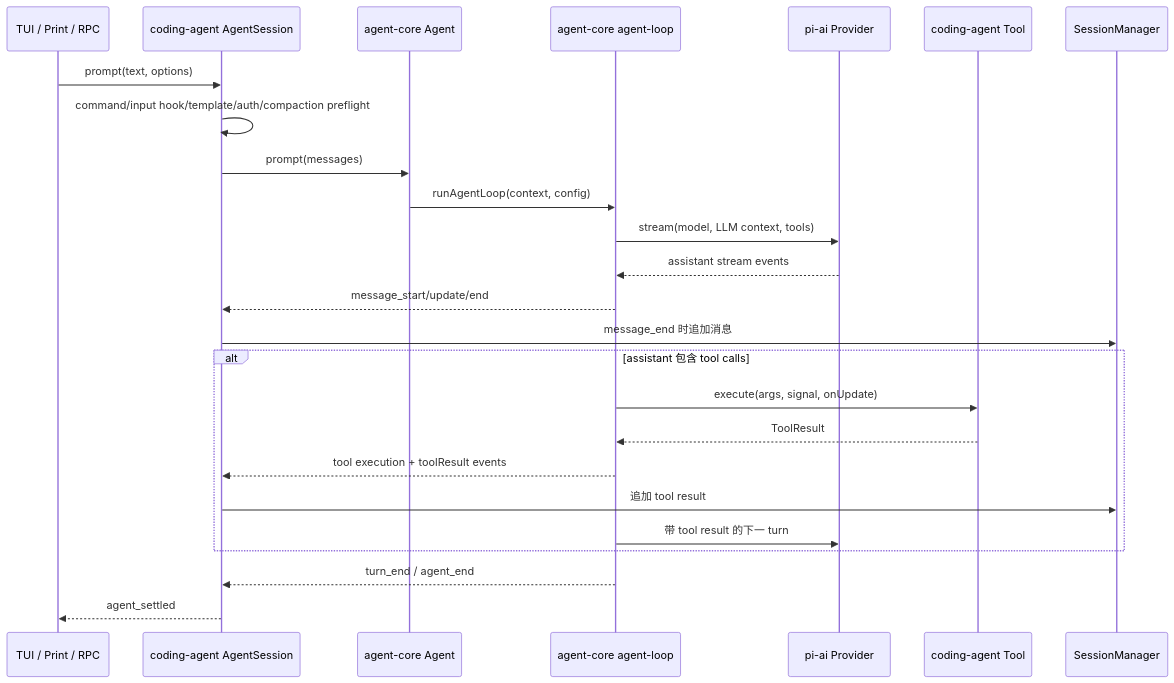
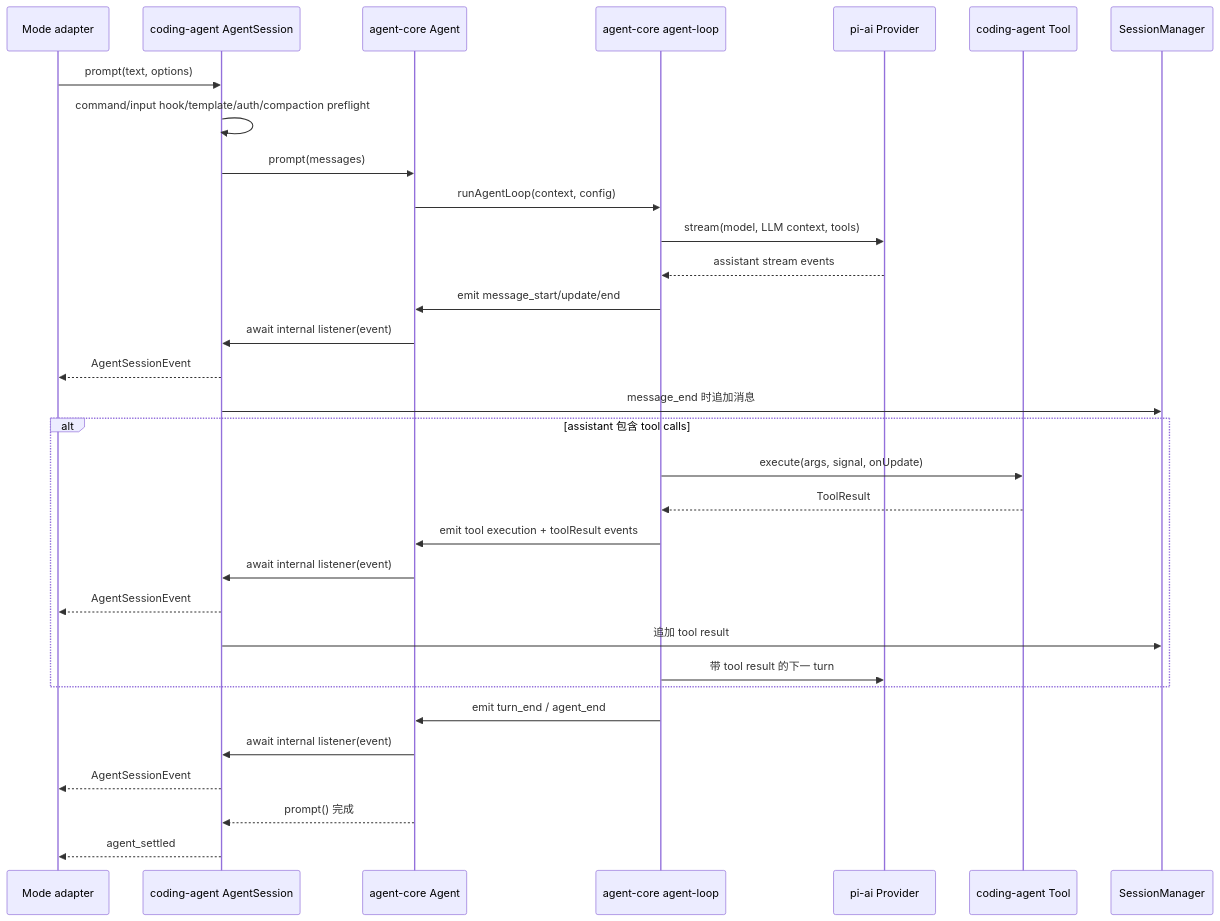
One commit to tcy1999/pi changed the diagram in architecture-analysis/call-flows/prompt-and-agent-loop.md. Above: the diagram before and after it, drawn with Mermaid. The commit also changed other lines of this file and 24 other files, not shown here.

````diff
--- a/architecture-analysis/call-flows/prompt-and-agent-loop.md
+++ b/architecture-analysis/call-flows/prompt-and-agent-loop.md
@@ -7,28 +7,35 @@
 ```mermaid
 sequenceDiagram
-  participant MODE as TUI / Print / RPC
+  participant MODE as Mode adapter
   participant SESSION as coding-agent AgentSession
   participant AGENT as agent-core Agent
   participant AGENT_LOOP as agent-core agent-loop
   participant MODEL as pi-ai Provider
   participant TOOL as coding-agent Tool
   participant STORE as SessionManager
 
   MODE->>SESSION: prompt(text, options)
   SESSION->>SESSION: command/input hook/template/auth/compaction preflight
   SESSION->>AGENT: prompt(messages)
   AGENT->>AGENT_LOOP: runAgentLoop(context, config)
   AGENT_LOOP->>MODEL: stream(model, LLM context, tools)
   MODEL-->>AGENT_LOOP: assistant stream events
-  AGENT_LOOP-->>SESSION: message_start/update/end
+  AGENT_LOOP->>AGENT: emit message_start/update/end
+  AGENT->>SESSION: await internal listener(event)
+  SESSION-->>MODE: AgentSessionEvent
   SESSION->>STORE: message_end 时追加消息
   alt assistant 包含 tool calls
     AGENT_LOOP->>TOOL: execute(args, signal, onUpdate)
     TOOL-->>AGENT_LOOP: ToolResult
-    AGENT_LOOP-->>SESSION: tool execution + toolResult events
+    AGENT_LOOP->>AGENT: emit tool execution + toolResult events
+    AGENT->>SESSION: await internal listener(event)
+    SESSION-->>MODE: AgentSessionEvent
     SESSION->>STORE: 追加 tool result
     AGENT_LOOP->>MODEL: 带 tool result 的下一 turn
   end
-  AGENT_LOOP-->>SESSION: turn_end / agent_end
+  AGENT_LOOP->>AGENT: emit turn_end / agent_end
+  AGENT->>SESSION: await internal listener(event)
+  SESSION-->>MODE: AgentSessionEvent
+  AGENT-->>SESSION: prompt() 完成
   SESSION-->>MODE: agent_settled
 ```
````
